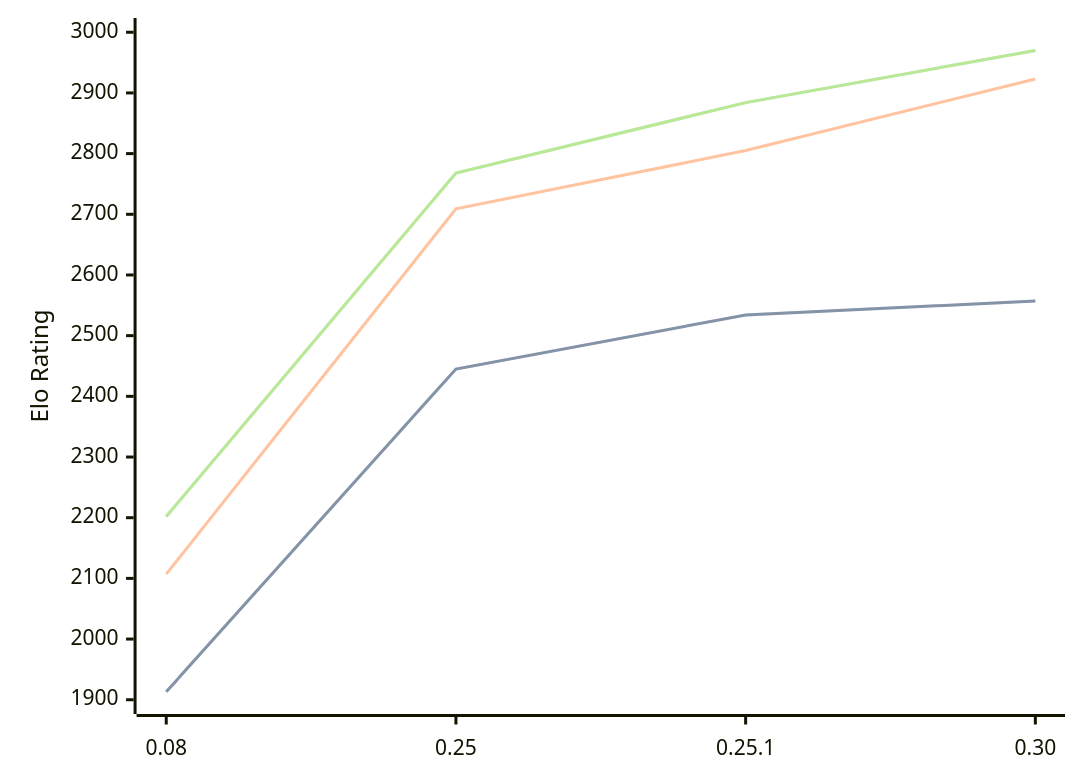
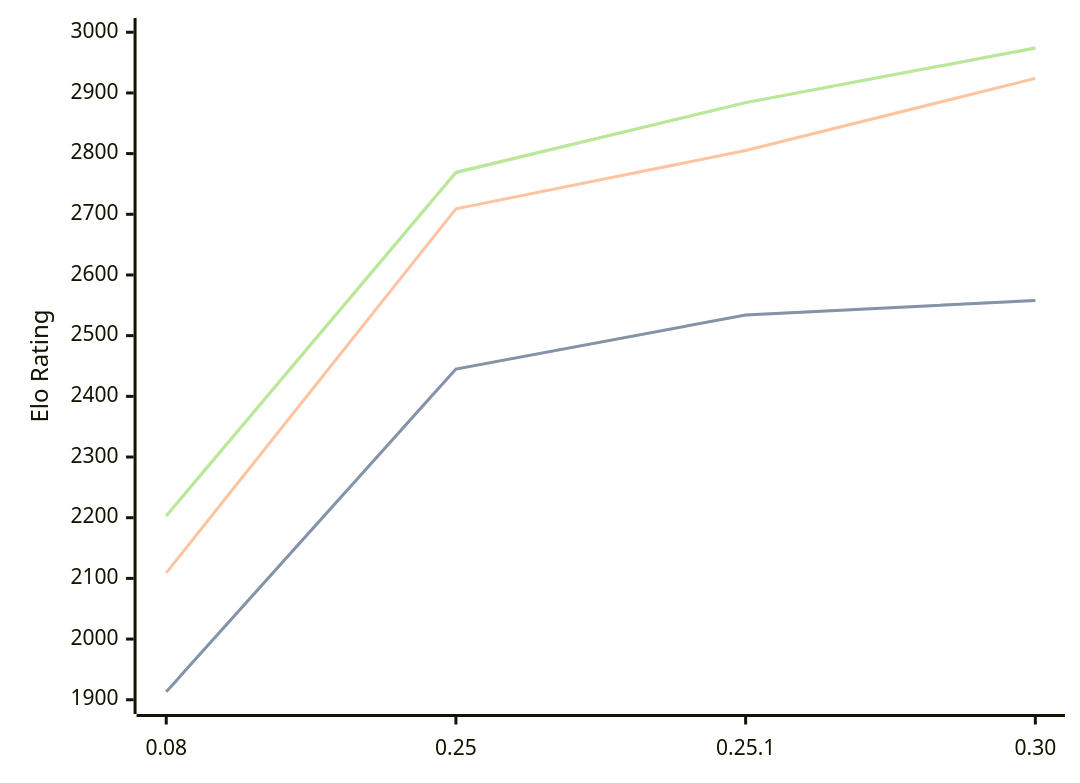
One commit to computer-chess-index/cci changed the diagram in engines/Gecko.md. Above: the diagram before and after it, drawn with Mermaid. The commit also changed other lines of this file, not shown here.

Commit message:
Update CCI Ratings (ELO VLTC) - 2026-05-12

````diff
--- a/engines/Gecko.md
+++ b/engines/Gecko.md
@@ -34,11 +34,11 @@
 ```mermaid
 %%{init: {"theme":"base","themeVariables":{"seriesColors:['#a3a3a3','#222221','#faa371']}}}%%
 xychart-beta
   x-axis ["0.08", "0.25", "0.25.1", "0.30"]
   y-axis "Elo Rating" 1900 --> 3000
-  line "STC (8.0+0.08s)" [1913, 2445, 2534, 2557]
-  line "STC (8.0+0.08s)" [1913, 2445, 2534, 2557]
-  line "LTC (60.0+0.60s)" [2107, 2709, 2805, 2923]
-  line "VLTC (2m24s+1.12s)" [2202, 2768, 2884, 2970]
-  line "VLTC (2m24s+1.12s)" [2202, 2768, 2884, 2970]
+  line "STC (8.0+0.08s)" [1913, 2445, 2534, 2558]
+  line "STC (8.0+0.08s)" [1913, 2445, 2534, 2558]
+  line "LTC (60.0+0.60s)" [2109, 2709, 2805, 2924]
+  line "VLTC (2m24s+1.12s)" [2203, 2769, 2884, 2974]
+  line "VLTC (2m24s+1.12s)" [2203, 2769, 2884, 2974]
 ```
````
